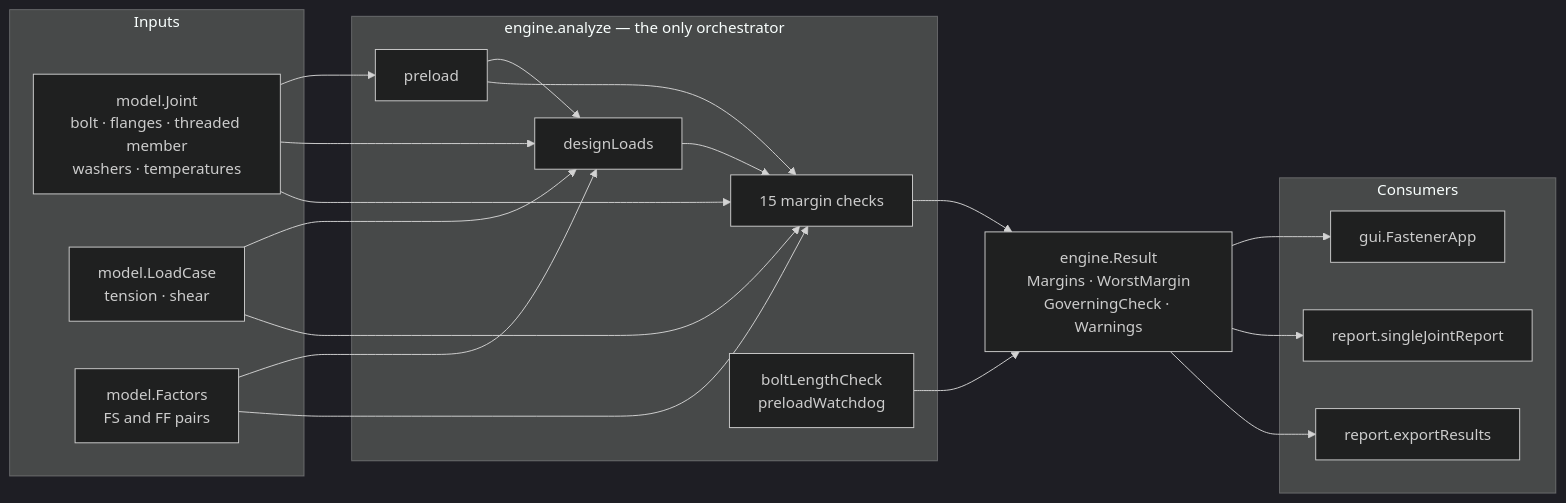
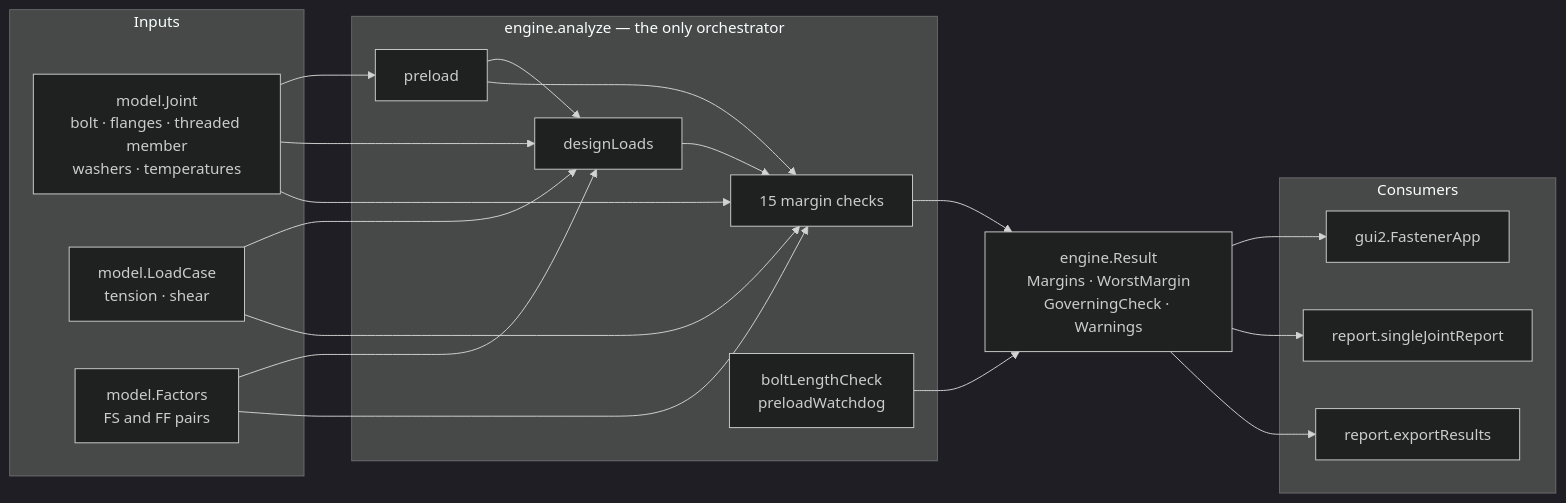
The first of 6 diagrams in ENGINE_FLOW.md (dbuddy25/fastener-matlab), drawn with Mermaid (dark theme) before and after one commit. The commit also changed 6 other files, not shown here.

````diff
--- a/ENGINE_FLOW.md
+++ b/ENGINE_FLOW.md
@@ -13,33 +13,33 @@
 ```mermaid
 flowchart LR
     subgraph IN[" Inputs "]
         J[model.Joint<br/>bolt · flanges · threaded member<br/>washers · temperatures]
         LC[model.LoadCase<br/>tension · shear]
         F[model.Factors<br/>FS and FF pairs]
     end
 
     subgraph ENG[" engine.analyze — the only orchestrator "]
         P[preload]
         DL[designLoads]
         CHK[15 margin checks]
         AUX[boltLengthCheck<br/>preloadWatchdog]
     end
 
     R[engine.Result<br/>Margins · WorstMargin<br/>GoverningCheck · Warnings]
 
     subgraph OUT[" Consumers "]
-        GUI[gui.FastenerApp]
+        GUI[gui2.FastenerApp]
         PDF[report.singleJointReport]
         XL[report.exportResults]
     end
 
     J --> P & DL & CHK
     LC --> DL & CHK
     F --> DL & CHK
     P --> DL
     P --> CHK
     DL --> CHK
     CHK --> R
     AUX --> R
     R --> GUI & PDF & XL
 ```
````
